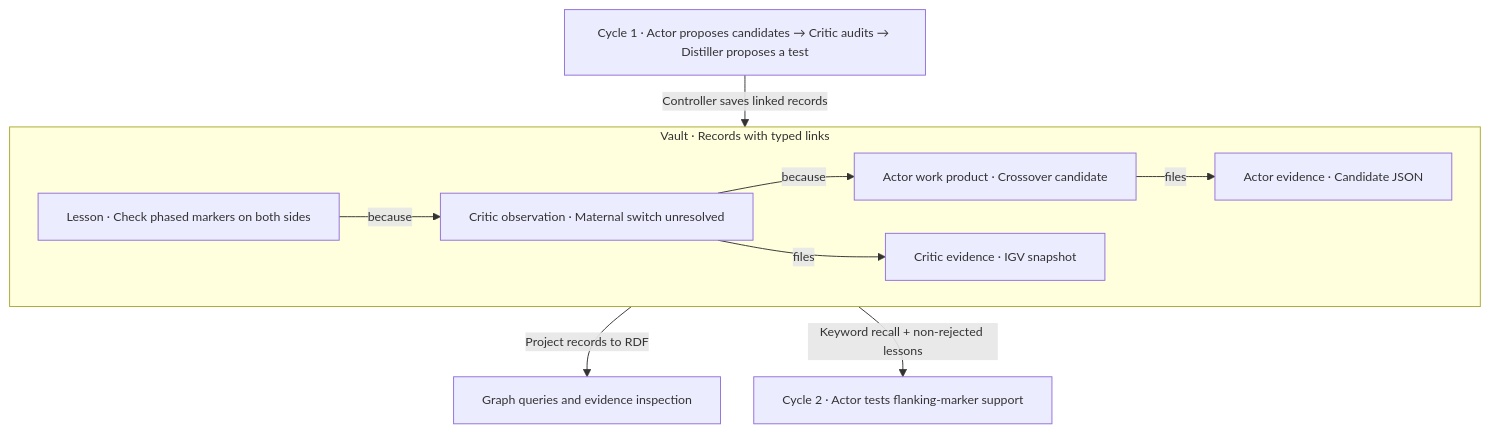
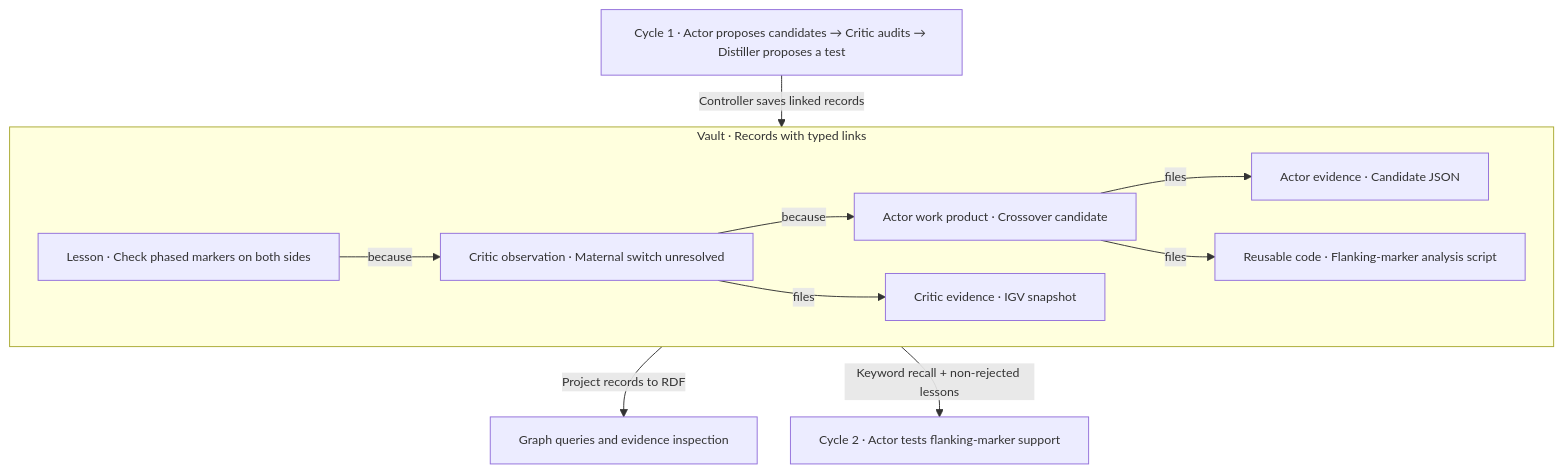
The diagram in README.md (petermchale/labloop), drawn with Mermaid before and after one commit. The commit also changed other lines of this file and 2 other files, not shown here.

Commit message:
docs: emphasize reusable code and testable lessons

````diff
--- a/README.md
+++ b/README.md
@@ -91,30 +101,32 @@
 ```mermaid
 ---
 config:
   themeVariables:
     fontSize: 13px
   flowchart:
     wrappingWidth: 320
     nodeSpacing: 35
     rankSpacing: 35
 ---
 flowchart TD
     Run["Cycle 1 · Actor proposes candidates → Critic audits → Distiller proposes a test"]
 
     subgraph Vault["Vault · Records with typed links"]
         Lesson["Lesson · Check phased markers on both sides"]
         Obs["Critic observation · Maternal switch unresolved"]
         Product["Actor work product · Crossover candidate"]
         CriticFile["Critic evidence · IGV snapshot"]
         ActorFile["Actor evidence · Candidate JSON"]
+        Code["Reusable code · Flanking-marker analysis script"]
 
         Lesson -->|because| Obs
         Obs -->|because| Product
         Obs -->|files| CriticFile
         Product -->|files| ActorFile
+        Product -->|files| Code
     end
 
     Run -->|Controller saves linked records| Vault
     Vault -->|Project records to RDF| Graph["Graph queries and evidence inspection"]
     Vault -->|Keyword recall + non-rejected lessons| Next["Cycle 2 · Actor tests flanking-marker support"]
 ```
````
